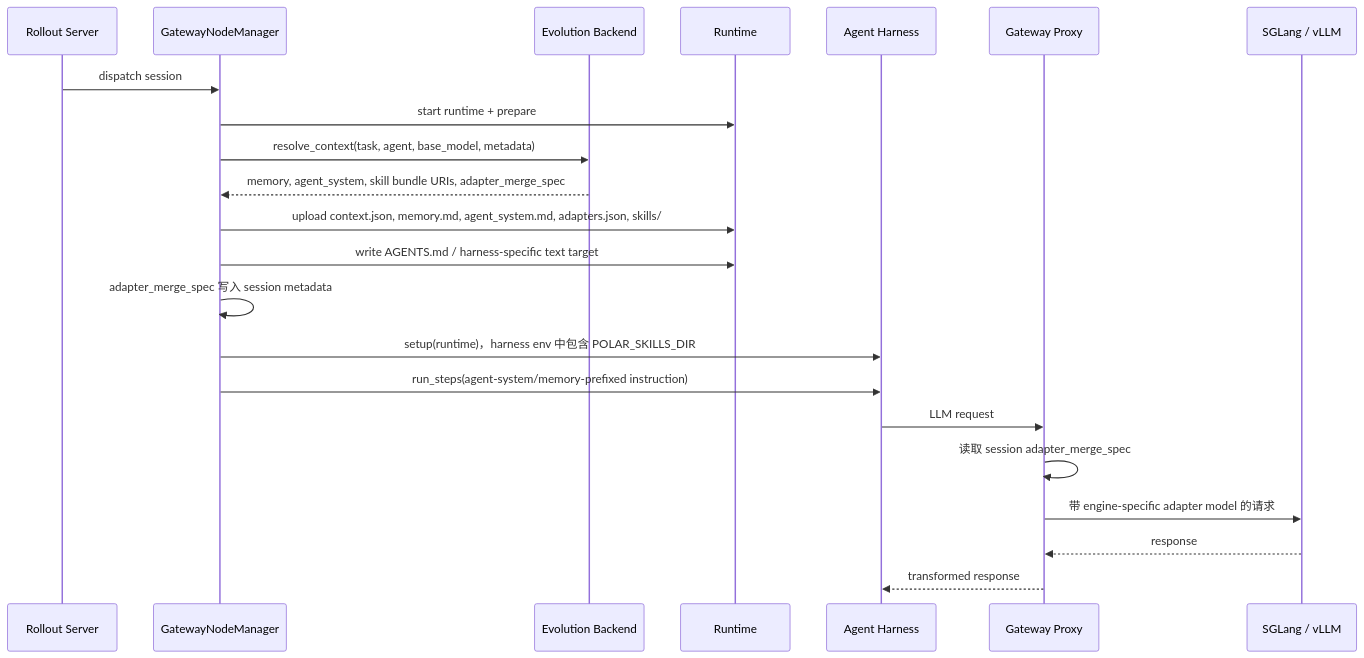
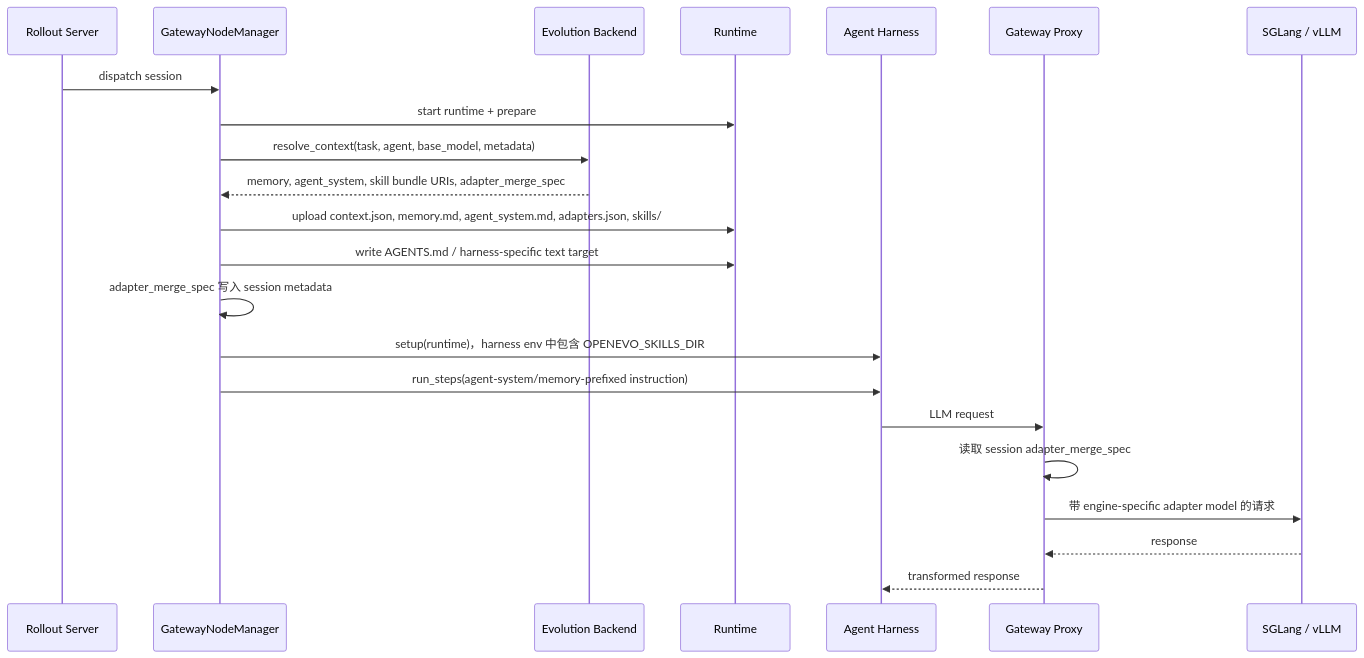
Before and after one commit to KDBRonaldo/OpenEvo: the first of 4 diagrams in docs/architecture/evolution-runtime-context.md, drawn with Mermaid. The commit also changed other lines of this file and 75 other files, not shown here.

Commit message:
refactor: migrate runtime identity to openevo (#124)

````diff
--- a/docs/architecture/evolution-runtime-context.md
+++ b/docs/architecture/evolution-runtime-context.md
@@ -14,25 +14,25 @@
 ```mermaid
 sequenceDiagram
     participant R as Rollout Server
     participant G as GatewayNodeManager
     participant E as Evolution Backend
     participant RT as Runtime
     participant H as Agent Harness
     participant P as Gateway Proxy
     participant M as SGLang / vLLM
 
     R->>G: dispatch session
     G->>RT: start runtime + prepare
     G->>E: resolve_context(task, agent, base_model, metadata)
     E-->>G: memory, agent_system, skill bundle URIs, adapter_merge_spec
     G->>RT: upload context.json, memory.md, agent_system.md, adapters.json, skills/
     G->>RT: write AGENTS.md / harness-specific text target
     G->>G: adapter_merge_spec 写入 session metadata
-    G->>H: setup(runtime)，harness env 中包含 POLAR_SKILLS_DIR
+    G->>H: setup(runtime)，harness env 中包含 OPENEVO_SKILLS_DIR
     G->>H: run_steps(agent-system/memory-prefixed instruction)
     H->>P: LLM request
     P->>P: 读取 session adapter_merge_spec
     P->>M: 带 engine-specific adapter model 的请求
     M-->>P: response
     P-->>H: transformed response
 ```
````
